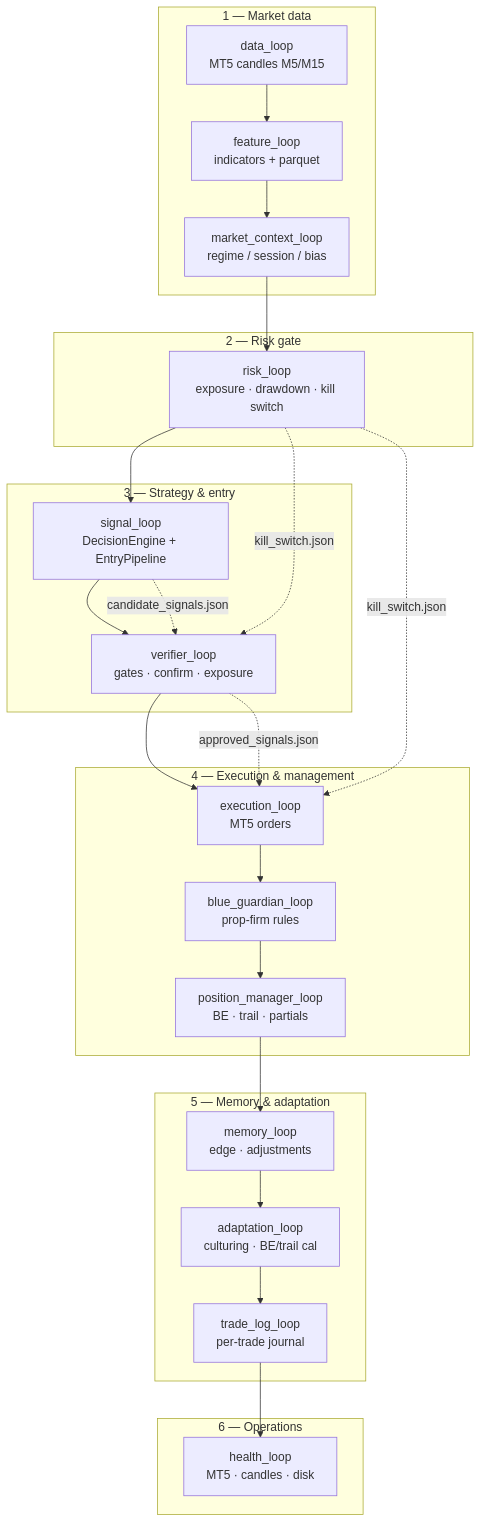
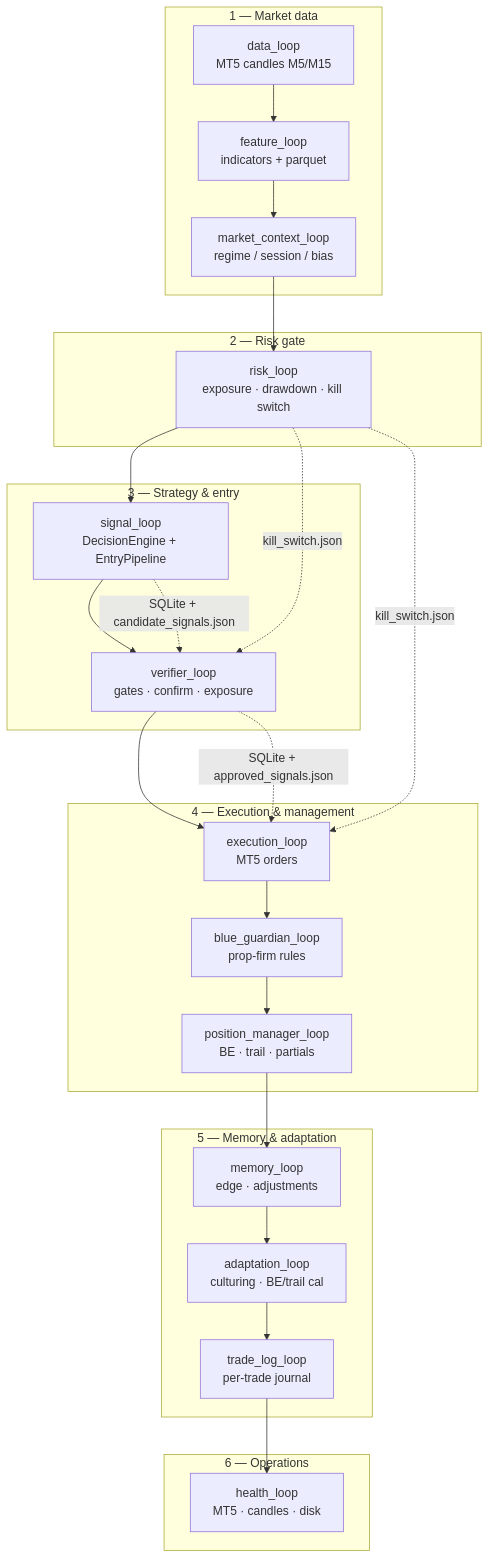
One commit to banky420star/Quant-os-trade changed the first of 4 diagrams in docs/PIPELINE.md. Above: the diagram before and after it, drawn with Mermaid. The commit also changed other lines of this file and 12 other files, not shown here.

Commit message:
feat: Phase 2 SQLite state store with dual-write JSON mirrors

````diff
--- a/docs/PIPELINE.md
+++ b/docs/PIPELINE.md
@@ -9,42 +9,42 @@
 ```mermaid
 flowchart TB
     subgraph ingest["1 — Market data"]
         DL[data_loop<br/>MT5 candles M5/M15]
         FL[feature_loop<br/>indicators + parquet]
         MCL[market_context_loop<br/>regime / session / bias]
     end
 
     subgraph risk["2 — Risk gate"]
         RL[risk_loop<br/>exposure · drawdown · kill switch]
     end
 
     subgraph decide["3 — Strategy & entry"]
         SL[signal_loop<br/>DecisionEngine + EntryPipeline]
         VL[verifier_loop<br/>gates · confirm · exposure]
     end
 
     subgraph execute["4 — Execution & management"]
         EL[execution_loop<br/>MT5 orders]
         BGL[blue_guardian_loop<br/>prop-firm rules]
         PML[position_manager_loop<br/>BE · trail · partials]
     end
 
     subgraph learn["5 — Memory & adaptation"]
         ML[memory_loop<br/>edge · adjustments]
         AL[adaptation_loop<br/>culturing · BE/trail cal]
         TLL[trade_log_loop<br/>per-trade journal]
     end
 
     subgraph ops["6 — Operations"]
         HL[health_loop<br/>MT5 · candles · disk]
     end
 
     DL --> FL --> MCL --> RL
     RL --> SL --> VL --> EL
     EL --> BGL --> PML --> ML --> AL --> TLL --> HL
 
-    SL -.->|candidate_signals.json| VL
-    VL -.->|approved_signals.json| EL
+    SL -.->|SQLite + candidate_signals.json| VL
+    VL -.->|SQLite + approved_signals.json| EL
     RL -.->|kill_switch.json| VL
     RL -.->|kill_switch.json| EL
 ```
````
